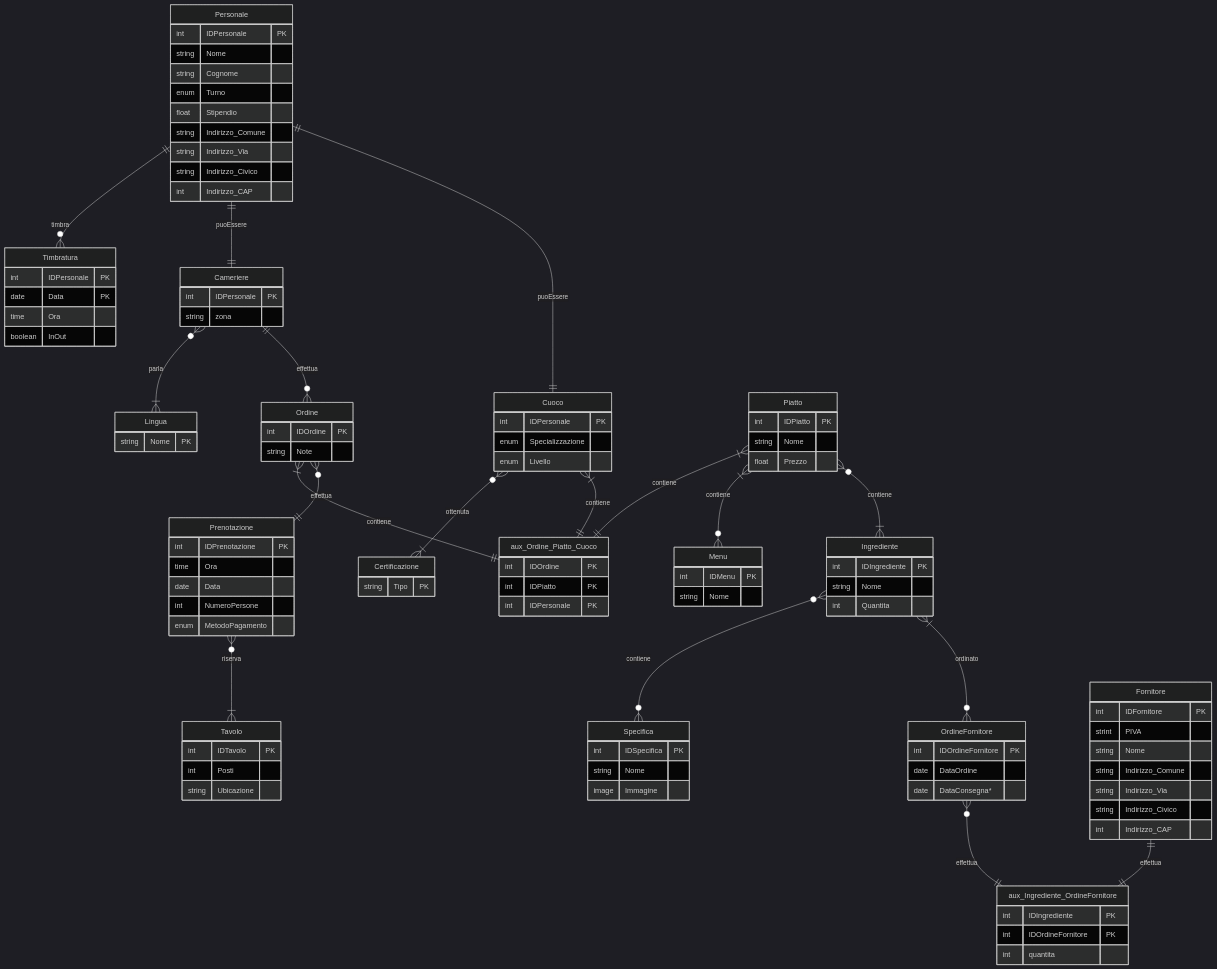
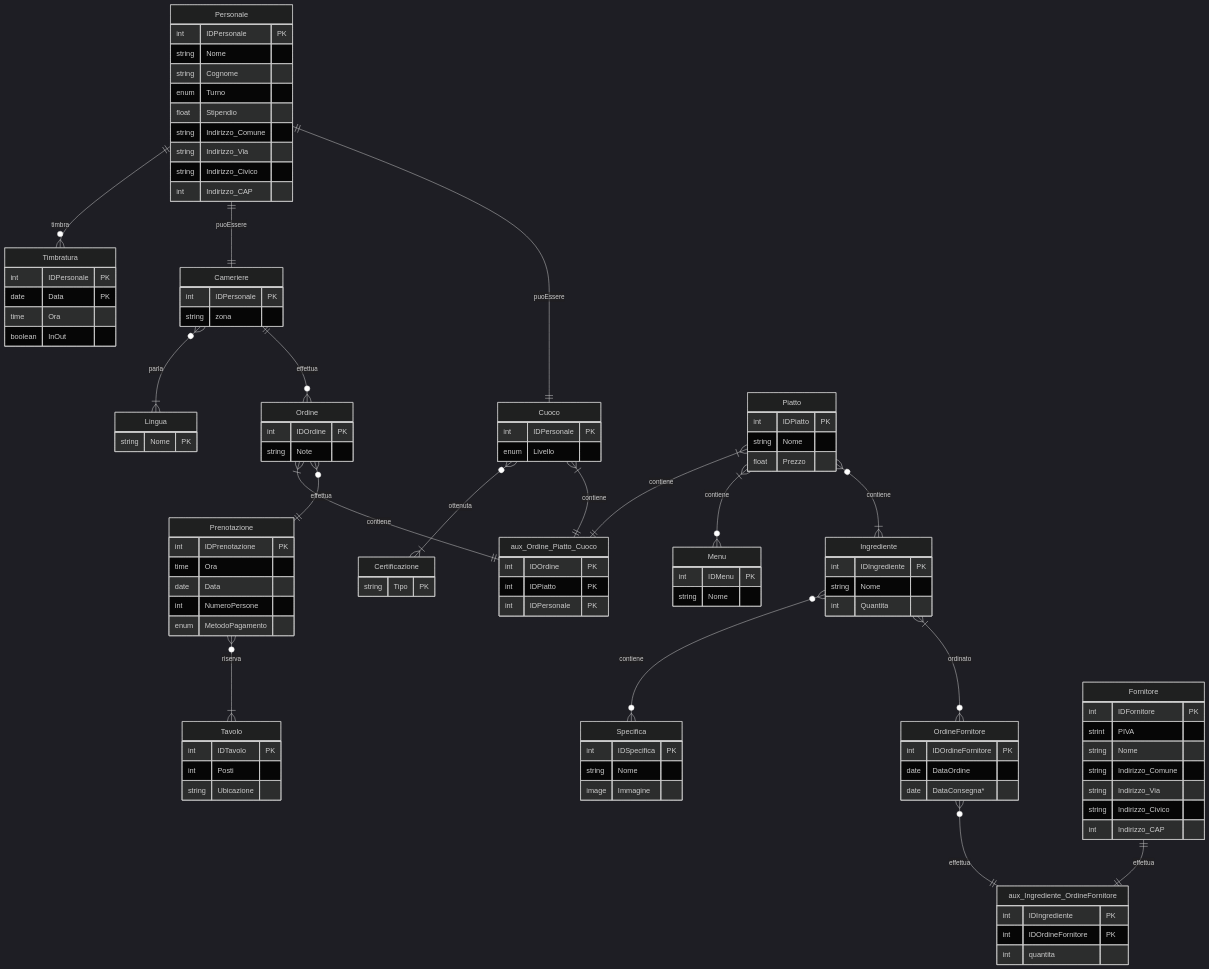
The diagram in README.md (Thie15/progetto_db_gestione_ristorante), drawn with Mermaid (dark theme) before and after one commit. The commit also changed other lines of this file and 1 other file, not shown here.

```diff
--- a/README.md
+++ b/README.md
@@ -53,7 +53,6 @@
 
     Cuoco{
         int IDPersonale PK
-        enum Specializzazione
         enum Livello
     }
 
```
